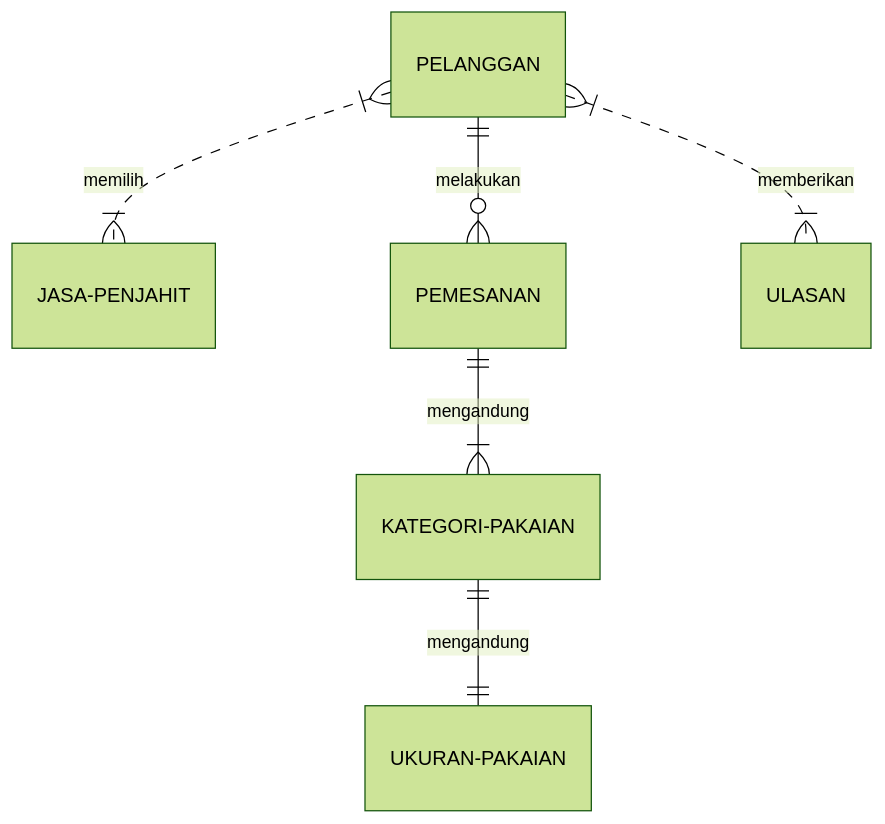
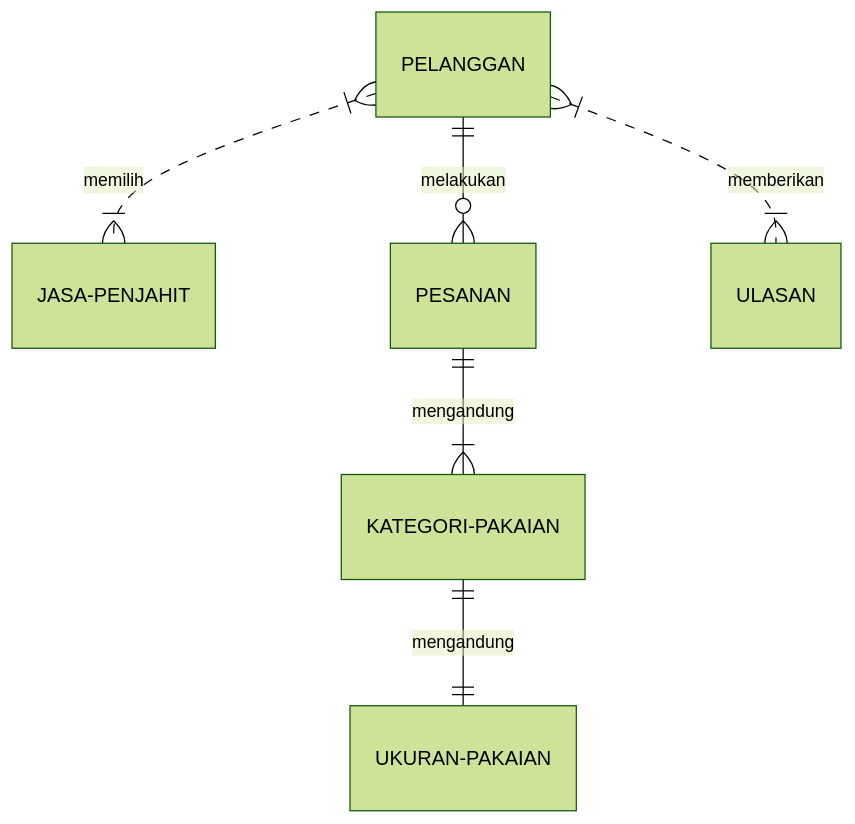
Before and after one commit to fauzanashshidiq/pengenalaninformatika-jahitku: the first of 2 diagrams in uts-job-interview.md, drawn with Mermaid (forest theme).

Commit message:
uts-job-interview.md

````diff
--- a/uts-job-interview.md
+++ b/uts-job-interview.md
@@ -54,8 +54,8 @@
 ```mermaid
 erDiagram
     PELANGGAN }|..|{ JASA-PENJAHIT : memilih
-    PELANGGAN ||--o{ PEMESANAN : melakukan
+    PELANGGAN ||--o{ PESANAN : melakukan
     PELANGGAN }|..|{ ULASAN : memberikan
-    PEMESANAN ||--|{ KATEGORI-PAKAIAN : mengandung
+    PESANAN ||--|{ KATEGORI-PAKAIAN : mengandung
     KATEGORI-PAKAIAN ||--|| UKURAN-PAKAIAN : mengandung
 ```
````
